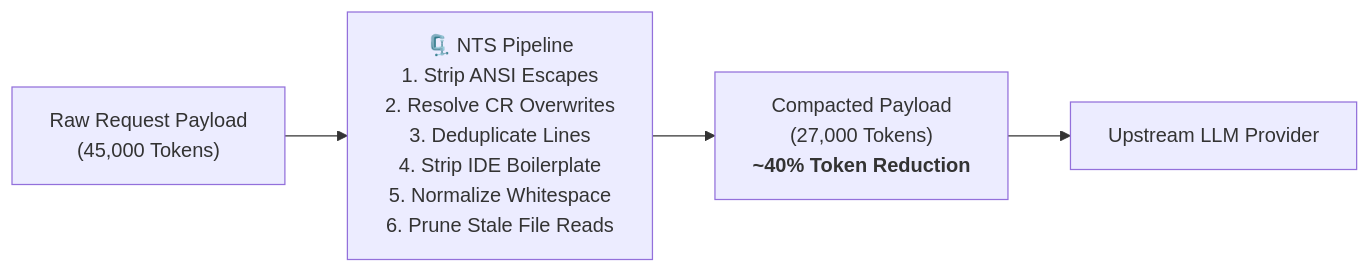
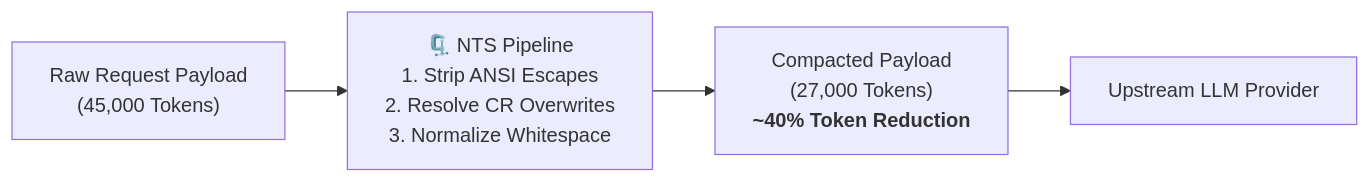
The third of 3 diagrams in docs/USER_GUIDE.md (dixieflatline76/nacho-flow), drawn with Mermaid before and after one commit. The commit also changed other lines of this file and 25 other files, not shown here.

Commit message:
feat(nts): dead weight removal - delete stale_reads, dedup, and boilerplate passes

````diff
--- a/docs/USER_GUIDE.md
+++ b/docs/USER_GUIDE.md
@@ -659,6 +654,6 @@
 ```mermaid
 flowchart LR
-    Raw["Raw Request Payload<br/>(45,000 Tokens)"] --> NTS["🗜️ NTS Pipeline<br/>1. Strip ANSI Escapes<br/>2. Resolve CR Overwrites<br/>3. Deduplicate Lines<br/>4. Strip IDE Boilerplate<br/>5. Normalize Whitespace<br/>6. Prune Stale File Reads"]
+    Raw["Raw Request Payload<br/>(45,000 Tokens)"] --> NTS["🗜️ NTS Pipeline<br/>1. Strip ANSI Escapes<br/>2. Resolve CR Overwrites<br/>3. Normalize Whitespace"]
     NTS --> Compacted["Compacted Payload<br/>(27,000 Tokens)<br/><b>~40% Token Reduction</b>"]
     Compacted --> Upstream["Upstream LLM Provider"]
 ```
````
